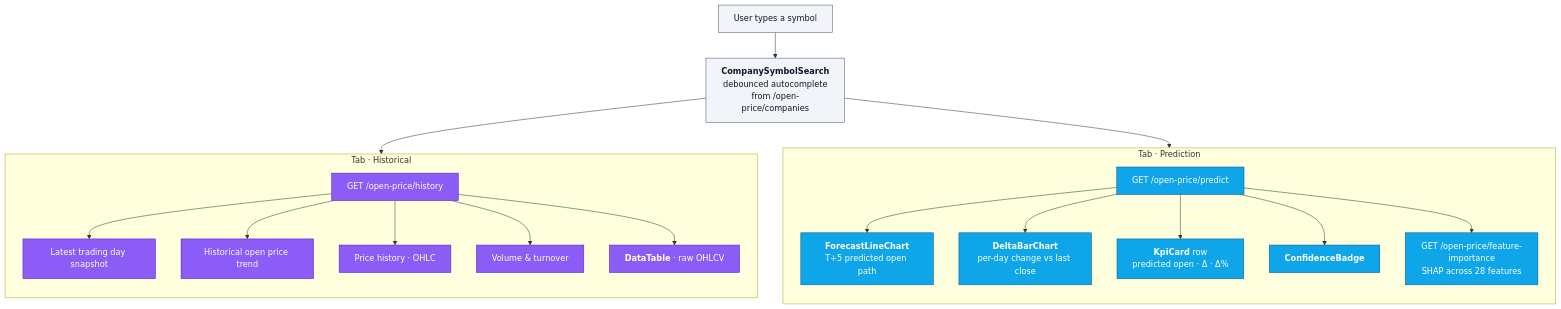
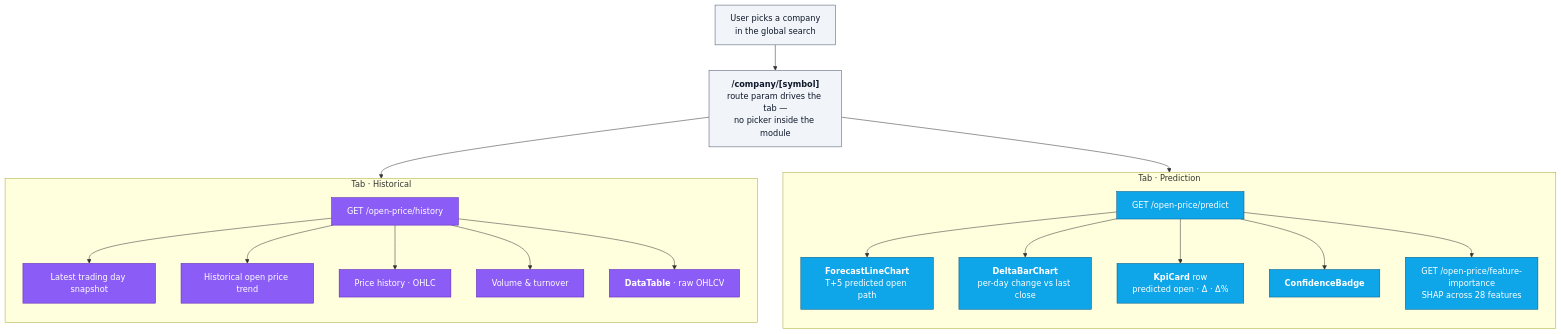
One commit to Research-SLIIT/Final-Year-Research_CSE-25-26J-445-Frontend changed the ninth of 14 diagrams in README.md. Above: the diagram before and after it, drawn with Mermaid. The commit also changed other lines of this file and 50 other files, not shown here.

````diff
--- a/README.md
+++ b/README.md
@@ -637,39 +637,39 @@
 ```mermaid
 flowchart TB
-    U["User types a symbol"]
-    CS["<b>CompanySymbolSearch</b><br/>debounced autocomplete<br/>from /open-price/companies"]
+    U["User picks a company<br/>in the global search"]
+    CS["<b>/company/[symbol]</b><br/>route param drives the tab —<br/>no picker inside the module"]
 
     subgraph TAB1["Tab · Prediction"]
         direction TB
         PR["GET /open-price/predict"]
         FLC["<b>ForecastLineChart</b><br/>T+5 predicted open path"]
         DBC["<b>DeltaBarChart</b><br/>per-day change vs last close"]
         KPI["<b>KpiCard</b> row<br/>predicted open · Δ · Δ%"]
         CB["<b>ConfidenceBadge</b>"]
         FI["GET /open-price/feature-importance<br/>SHAP across 28 features"]
     end
 
     subgraph TAB2["Tab · Historical"]
         direction TB
         HS["GET /open-price/history"]
         SNAP["Latest trading day snapshot"]
         TREND["Historical open price trend"]
         OHLC["Price history · OHLC"]
         VOL["Volume &amp; turnover"]
         RAW["<b>DataTable</b> · raw OHLCV"]
     end
 
     U --> CS
     CS --> PR
     CS --> HS
     PR --> FLC & DBC & KPI & CB
     PR --> FI
     HS --> SNAP & TREND & OHLC & VOL & RAW
 
     classDef inp fill:#f1f5f9,stroke:#475569,color:#0f172a
     classDef t1 fill:#0ea5e9,stroke:#075985,color:#fff
     classDef t2 fill:#8b5cf6,stroke:#5b21b6,color:#fff
     class U,CS inp
     class PR,FLC,DBC,KPI,CB,FI t1
     class HS,SNAP,TREND,OHLC,VOL,RAW t2
 ```
````
